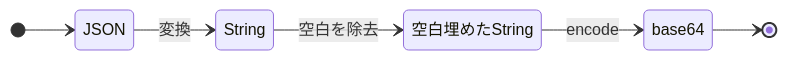
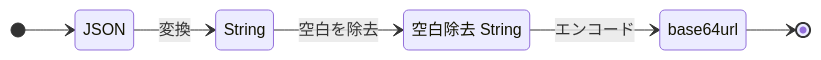
Before and after one commit to shuji-bonji/Notes-about-Digital-Signatures-and-Timestamps: the second of 3 diagrams in JWT.md, drawn with Mermaid. The commit also changed other lines of this file and 18 other files, not shown here.

````diff
--- a/JWT.md
+++ b/JWT.md
@@ -124,12 +207,12 @@
 ```mermaid
 stateDiagram-v2
     direction LR
     2S: String
-    npS: 空白埋めたString 
+    npS: 空白除去 String
 
     [*] --> JSON
     JSON --> 2S: 変換
     2S --> npS: 空白を除去
-    npS --> base64: encode
-    base64 --> [*]
+    npS --> base64url: エンコード
+    base64url --> [*]
 ```
````
